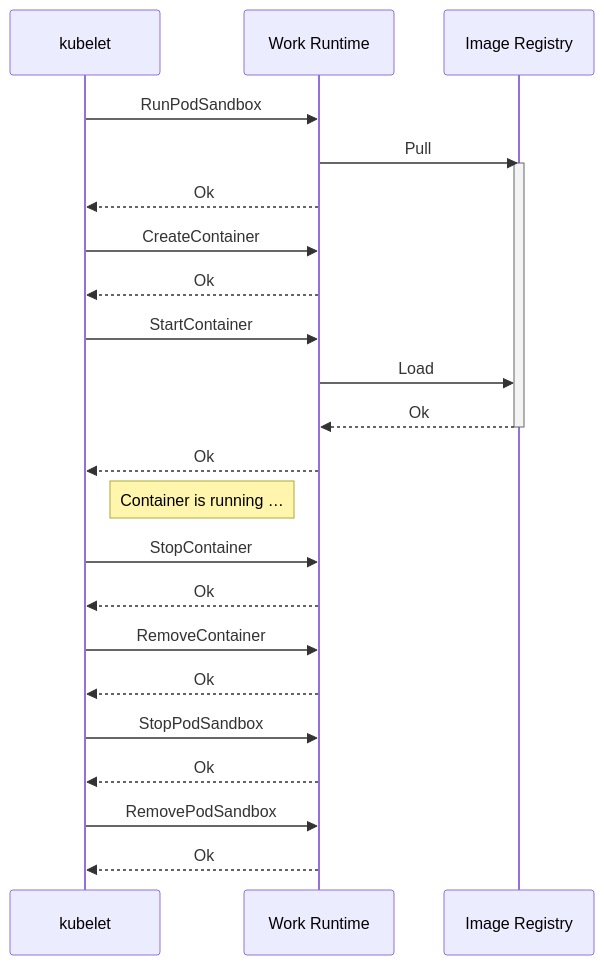
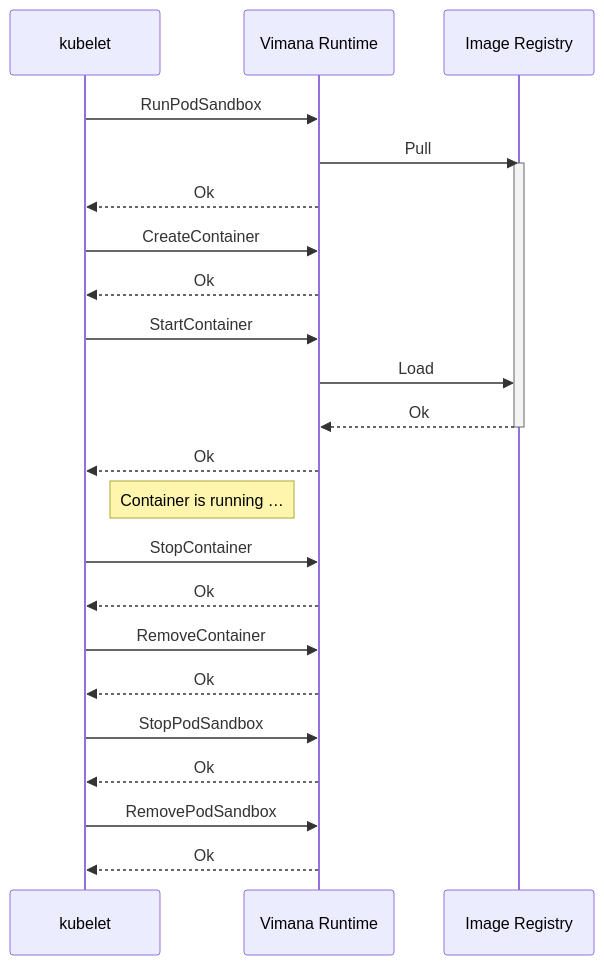
One commit to vimana-cloud/vimana changed the diagram in work/runtime/kubelet-notes.md. Above: the diagram before and after it, drawn with Mermaid. The commit also changed 20 other files, not shown here.

````diff
--- a/work/runtime/kubelet-notes.md
+++ b/work/runtime/kubelet-notes.md
@@ -26,28 +26,28 @@
 ```mermaid
 sequenceDiagram
     participant kubelet as kubelet
-    participant workd as Work Runtime
+    participant vimanad as Vimana Runtime
     participant registry as Image Registry
 
-    kubelet ->> workd: RunPodSandbox
-    workd ->> registry: Pull
+    kubelet ->> vimanad: RunPodSandbox
+    vimanad ->> registry: Pull
     activate registry
-    workd -->> kubelet: Ok
-    kubelet ->> workd: CreateContainer
-    workd -->> kubelet: Ok
-    kubelet ->> workd: StartContainer
-    workd ->> registry: Load
-    registry -->> workd: Ok
+    vimanad -->> kubelet: Ok
+    kubelet ->> vimanad: CreateContainer
+    vimanad -->> kubelet: Ok
+    kubelet ->> vimanad: StartContainer
+    vimanad ->> registry: Load
+    registry -->> vimanad: Ok
     deactivate registry
-    workd -->> kubelet: Ok
-    Note left of workd: Container is running …
+    vimanad -->> kubelet: Ok
+    Note left of vimanad: Container is running …
 
-    kubelet ->> workd: StopContainer
-    workd -->> kubelet: Ok
-    kubelet ->> workd: RemoveContainer
-    workd -->> kubelet: Ok
-    kubelet ->> workd: StopPodSandbox
-    workd -->> kubelet: Ok
-    kubelet ->> workd: RemovePodSandbox
-    workd -->> kubelet: Ok
+    kubelet ->> vimanad: StopContainer
+    vimanad -->> kubelet: Ok
+    kubelet ->> vimanad: RemoveContainer
+    vimanad -->> kubelet: Ok
+    kubelet ->> vimanad: StopPodSandbox
+    vimanad -->> kubelet: Ok
+    kubelet ->> vimanad: RemovePodSandbox
+    vimanad -->> kubelet: Ok
 ```
````
